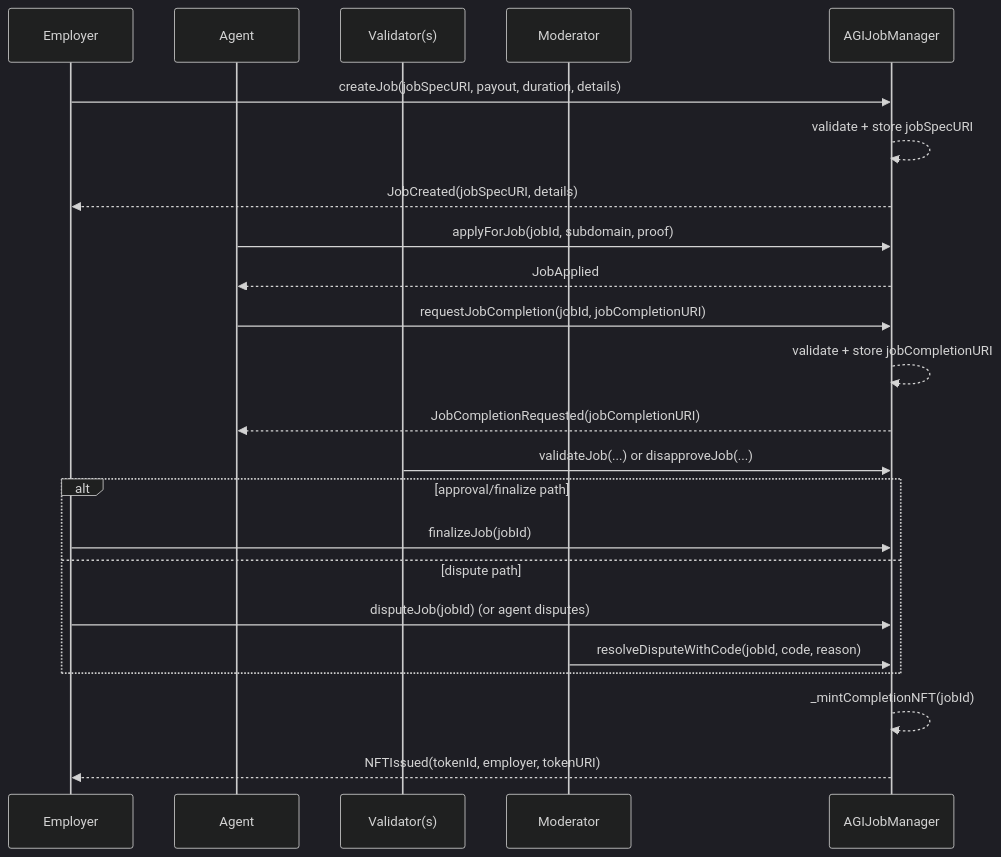
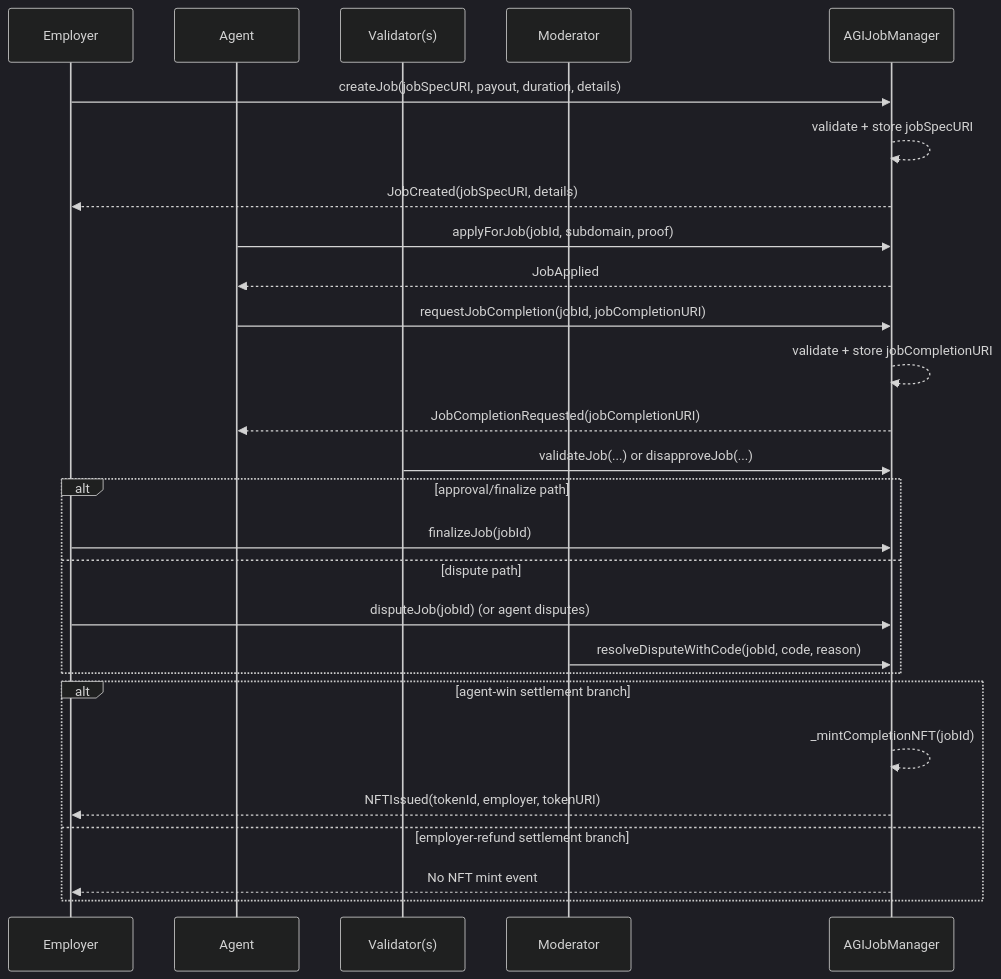
Before and after one commit to MontrealAI/AGIJobManager: the first of 2 diagrams in docs/REFERENCE/URIS_JOBSPEC_AND_COMPLETION.md, drawn with Mermaid (dark theme). The commit also changed other lines of this file, not shown here.

Commit message:
docs: correct settlement caller/minting behavior in URI lifecycle reference

````diff
--- a/docs/REFERENCE/URIS_JOBSPEC_AND_COMPLETION.md
+++ b/docs/REFERENCE/URIS_JOBSPEC_AND_COMPLETION.md
@@ -44,31 +46,35 @@
 ```mermaid
 sequenceDiagram
     participant E as Employer
     participant A as Agent
     participant V as Validator(s)
     participant M as Moderator
     participant C as AGIJobManager
 
     E->>C: createJob(jobSpecURI, payout, duration, details)
     C-->>C: validate + store jobSpecURI
     C-->>E: JobCreated(jobSpecURI, details)
 
     A->>C: applyForJob(jobId, subdomain, proof)
     C-->>A: JobApplied
 
     A->>C: requestJobCompletion(jobId, jobCompletionURI)
     C-->>C: validate + store jobCompletionURI
     C-->>A: JobCompletionRequested(jobCompletionURI)
 
     V->>C: validateJob(...) or disapproveJob(...)
 
     alt approval/finalize path
         E->>C: finalizeJob(jobId)
     else dispute path
         E->>C: disputeJob(jobId) (or agent disputes)
         M->>C: resolveDisputeWithCode(jobId, code, reason)
     end
 
-    C-->>C: _mintCompletionNFT(jobId)
-    C-->>E: NFTIssued(tokenId, employer, tokenURI)
+    alt agent-win settlement branch
+        C-->>C: _mintCompletionNFT(jobId)
+        C-->>E: NFTIssued(tokenId, employer, tokenURI)
+    else employer-refund settlement branch
+        C-->>E: No NFT mint event
+    end
 ```
````
